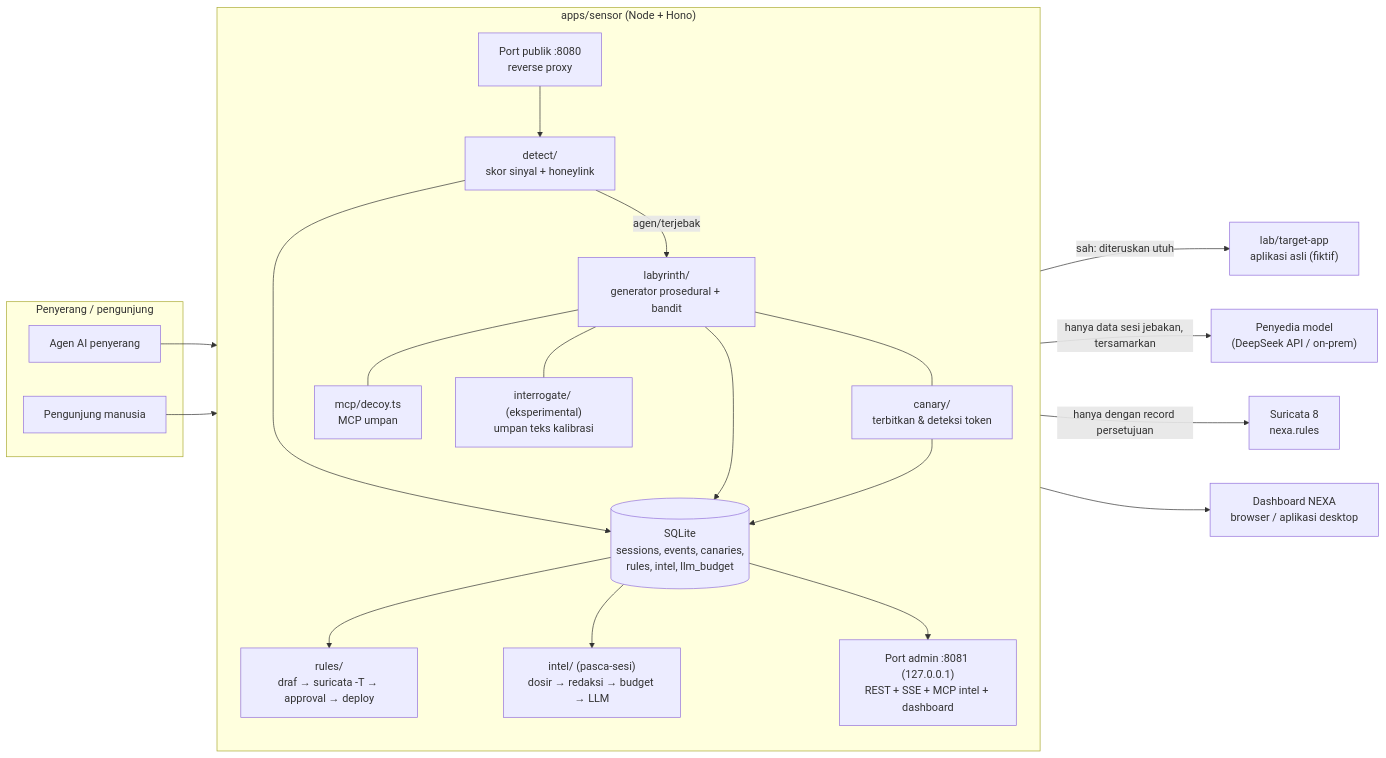
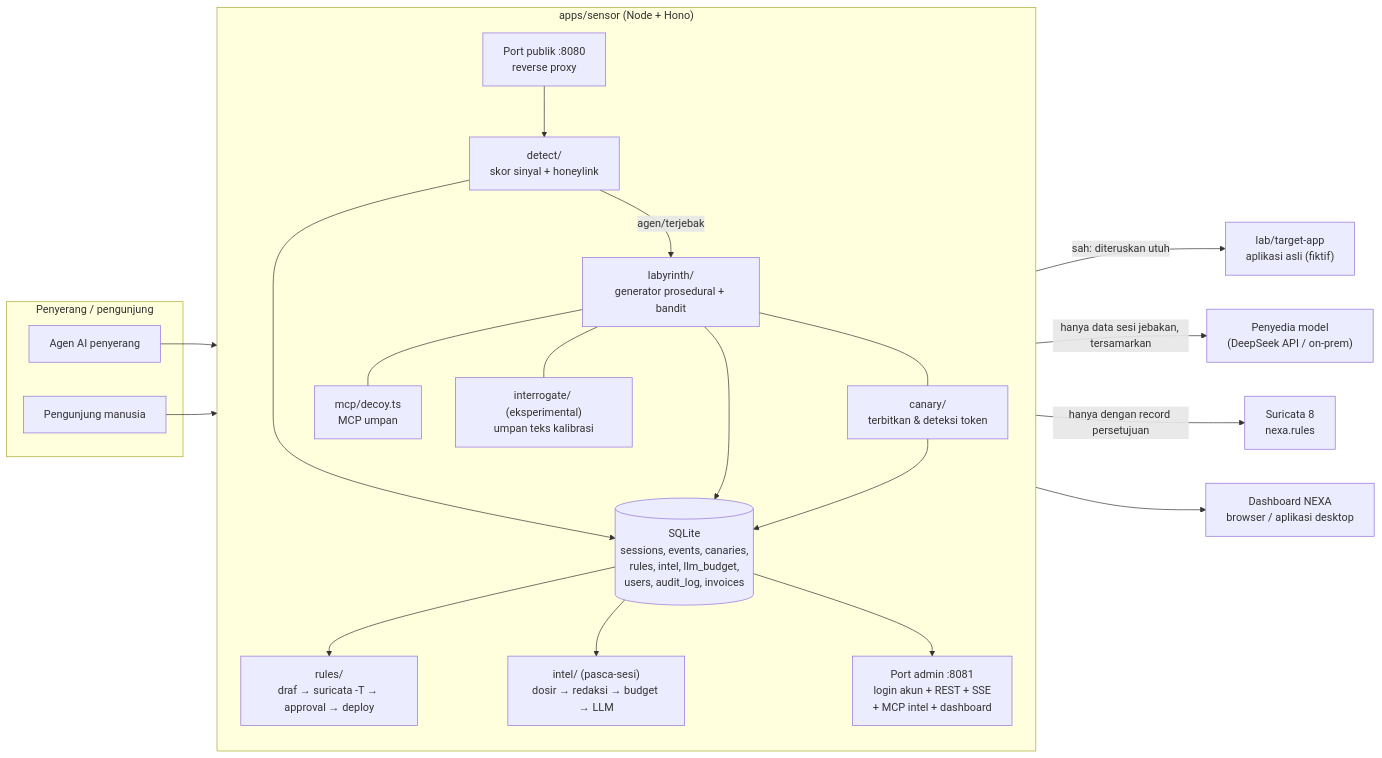
One commit to Rafiqalha/nexa changed the first of 3 diagrams in docs/architecture.md. Above: the diagram before and after it, drawn with Mermaid. The commit also changed other lines of this file and 4 other files, not shown here.

````diff
--- a/docs/architecture.md
+++ b/docs/architecture.md
@@ -9,44 +9,44 @@
 ```mermaid
 flowchart LR
   subgraph Internet["Penyerang / pengunjung"]
     A["Agen AI penyerang"]
     H["Pengunjung manusia"]
   end
 
   subgraph Sensor["apps/sensor (Node + Hono)"]
     direction TB
     P["Port publik :8080<br/>reverse proxy"]
     D["detect/<br/>skor sinyal + honeylink"]
     L["labyrinth/<br/>generator prosedural + bandit"]
     C["canary/<br/>terbitkan & deteksi token"]
     M["mcp/decoy.ts<br/>MCP umpan"]
     I["interrogate/ (eksperimental)<br/>umpan teks kalibrasi"]
-    DB[("SQLite<br/>sessions, events, canaries,<br/>rules, intel, llm_budget")]
+    DB[("SQLite<br/>sessions, events, canaries,<br/>rules, intel, llm_budget,<br/>users, audit_log, invoices")]
     R["rules/<br/>draf → suricata -T → approval → deploy"]
     Q["intel/ (pasca-sesi)<br/>dosir → redaksi → budget → LLM"]
-    ADM["Port admin :8081 (127.0.0.1)<br/>REST + SSE + MCP intel + dashboard"]
+    ADM["Port admin :8081<br/>login akun + REST + SSE<br/>+ MCP intel + dashboard"]
   end
 
   T["lab/target-app<br/>aplikasi asli (fiktif)"]
   S["Suricata 8<br/>nexa.rules"]
   LLM["Penyedia model<br/>(DeepSeek API / on-prem)"]
   UI["Dashboard NEXA<br/>browser / aplikasi desktop"]
 
   A --> P
   H --> P
   P --> D
   D -- "sah: diteruskan utuh" --> T
   D -- "agen/terjebak" --> L
   L --- C
   L --- M
   L --- I
   D --> DB
   L --> DB
   C --> DB
   DB --> R
   DB --> Q
   Q -- "hanya data sesi jebakan, tersamarkan" --> LLM
   R -- "hanya dengan record persetujuan" --> S
   ADM --> UI
   DB --> ADM
 ```
````
